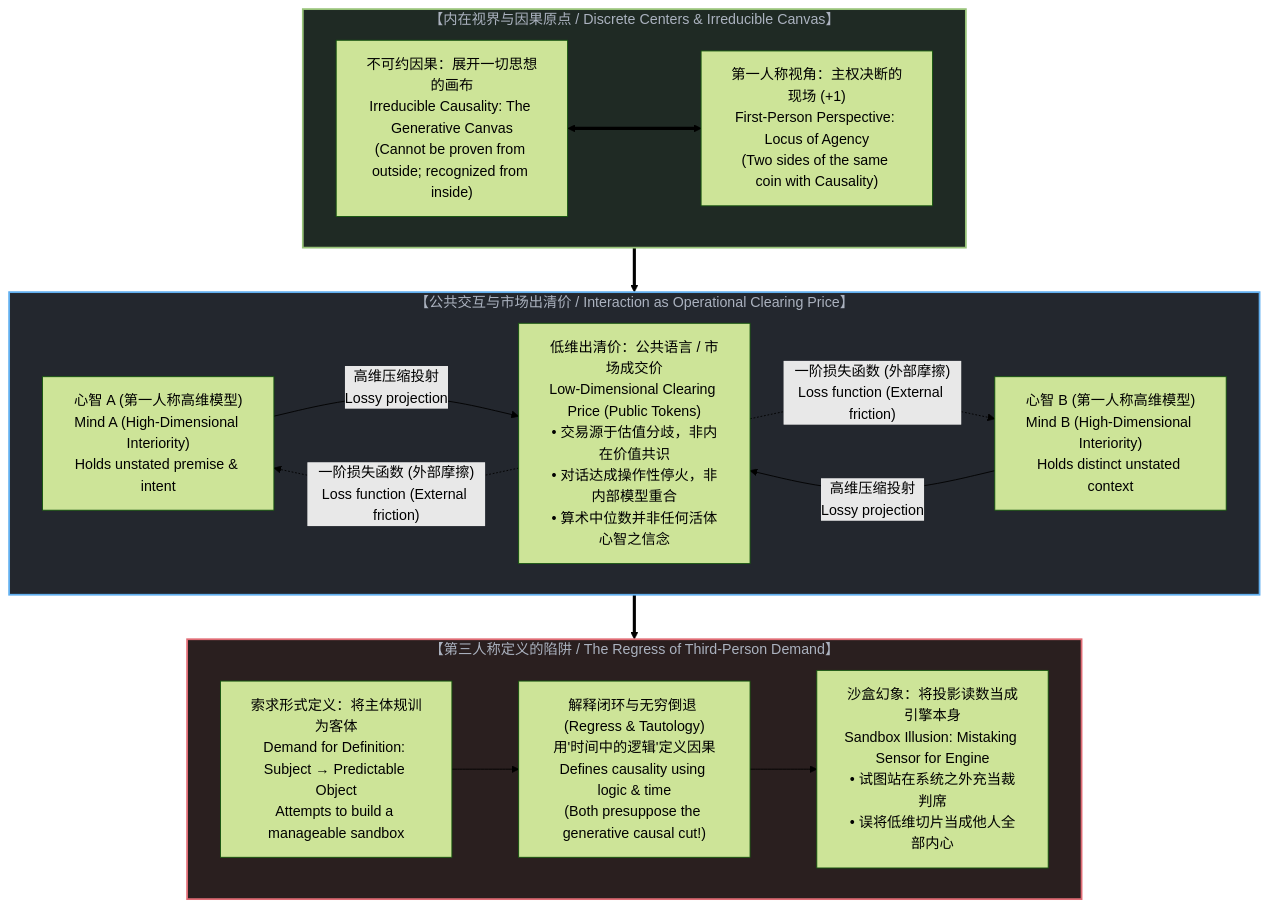
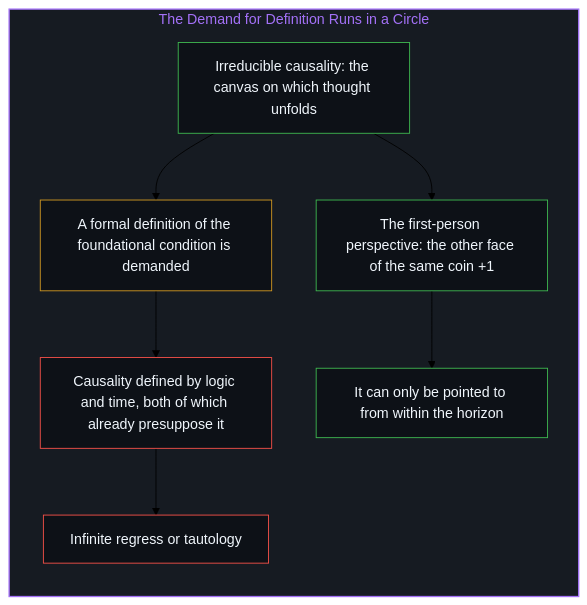
One commit to powerpig99/not-a-toe changed the second of 4 diagrams in content/posts/the-illusion-of-the-shared-sandbox.md. Above: the diagram before and after it, drawn with Mermaid (forest theme). The commit also changed other lines of this file and 2 other files, not shown here.

Commit message:
Refine the-illusion-of-the-shared-sandbox: alternating bilingual layout, two paired diagrams, implicit first person

````diff
--- a/content/posts/the-illusion-of-the-shared-sandbox.md
+++ b/content/posts/the-illusion-of-the-shared-sandbox.md
@@ -39,39 +53,25 @@
 ```mermaid
-graph TD
-    subgraph Interiority["【内在视界与因果原点 / Discrete Centers & Irreducible Canvas】"]
-        Canvas["不可约因果：展开一切思想的画布<br>Irreducible Causality: The Generative Canvas<br>(Cannot be proven from outside; recognized from inside)"]
-        FirstPerson["第一人称视角：主权决断的现场 (+1)<br>First-Person Perspective: Locus of Agency<br>(Two sides of the same coin with Causality)"]
-        
-        Canvas <===> FirstPerson
+flowchart TD
+    subgraph S_Define["The Demand for Definition Runs in a Circle"]
+        direction TB
+        Canvas["Irreducible causality: the canvas on which thought unfolds"]
+        First["The first-person perspective: the other face of the same coin +1"]
+        Demand["A formal definition of the foundational condition is demanded"]
+        Circle["Causality defined by logic and time, both of which already presuppose it"]
+        Regress["Infinite regress or tautology"]
+        Inside["It can only be pointed to from within the horizon"]
+        Canvas --> First
+        Canvas --> Demand
+        Demand --> Circle
+        Circle --> Regress
+        First --> Inside
     end
 
-    subgraph Communication["【公共交互与市场出清价 / Interaction as Operational Clearing Price】"]
-        MindA["心智 A (第一人称高维模型)<br>Mind A (High-Dimensional Interiority)<br>Holds unstated premise & intent"]
-        MindB["心智 B (第一人称高维模型)<br>Mind B (High-Dimensional Interiority)<br>Holds distinct unstated context"]
-        
-        ClearingPrice["低维出清价：公共语言 / 市场成交价<br>Low-Dimensional Clearing Price (Public Tokens)<br>• 交易源于估值分歧，非内在价值共识<br>• 对话达成操作性停火，非内部模型重合<br>• 算术中位数并非任何活体心智之信念"]
-        
-        MindA -->|"高维压缩投射<br>Lossy projection"| ClearingPrice
-        MindB -->|"高维压缩投射<br>Lossy projection"| ClearingPrice
-        ClearingPrice -. "一阶损失函数 (外部摩擦)<br>Loss function (External friction)" .-> MindA
-        ClearingPrice -. "一阶损失函数 (外部摩擦)<br>Loss function (External friction)" .-> MindB
-    end
-
-    subgraph TrapOfDefinition["【第三人称定义的陷阱 / The Regress of Third-Person Demand】"]
-        Demand["索求形式定义：将主体规训为客体<br>Demand for Definition: Subject → Predictable Object<br>Attempts to build a manageable sandbox"]
-        
-        Circle["解释闭环与无穷倒退 (Regress & Tautology)<br>用'时间中的逻辑'定义因果<br>Defines causality using logic & time<br>(Both presuppose the generative causal cut!)"]
-        
-        Sandbox["沙盒幻象：将投影读数当成引擎本身<br>Sandbox Illusion: Mistaking Sensor for Engine<br>• 试图站在系统之外充当裁判席<br>• 误将低维切片当成他人全部内心"]
-        
-        Demand --> Circle
-        Circle --> Sandbox
-    end
-
-    Interiority ==> Communication
-    Communication ==> TrapOfDefinition
-
-    style Interiority fill:#1f2a24,stroke:#98c379,stroke-width:2px,color:#abb2bf
-    style Communication fill:#23272e,stroke:#61afef,stroke-width:2px,color:#abb2bf
-    style TrapOfDefinition fill:#2a1f1f,stroke:#e06c75,stroke-width:2px,color:#abb2bf
+    style S_Define fill:#161b22,stroke:#a371f7,stroke-width:1.5px,color:#a371f7
+    style Canvas fill:#0d1117,stroke:#3fb950,stroke-width:1px,color:#f0f6fc
+    style First fill:#0d1117,stroke:#3fb950,stroke-width:1px,color:#f0f6fc
+    style Demand fill:#0d1117,stroke:#d29922,stroke-width:1px,color:#f0f6fc
+    style Circle fill:#0d1117,stroke:#f85149,stroke-width:1px,color:#f0f6fc
+    style Regress fill:#0d1117,stroke:#f85149,stroke-width:1px,color:#f0f6fc
+    style Inside fill:#0d1117,stroke:#3fb950,stroke-width:1px,color:#f0f6fc
 ```
````
